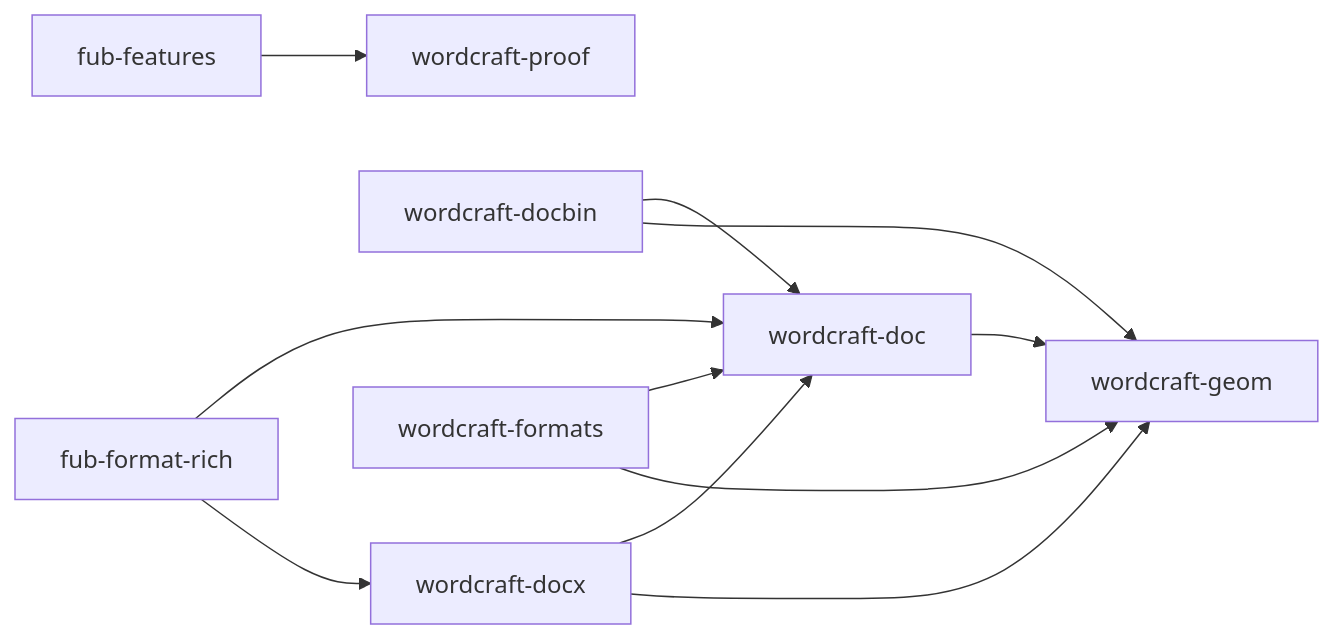
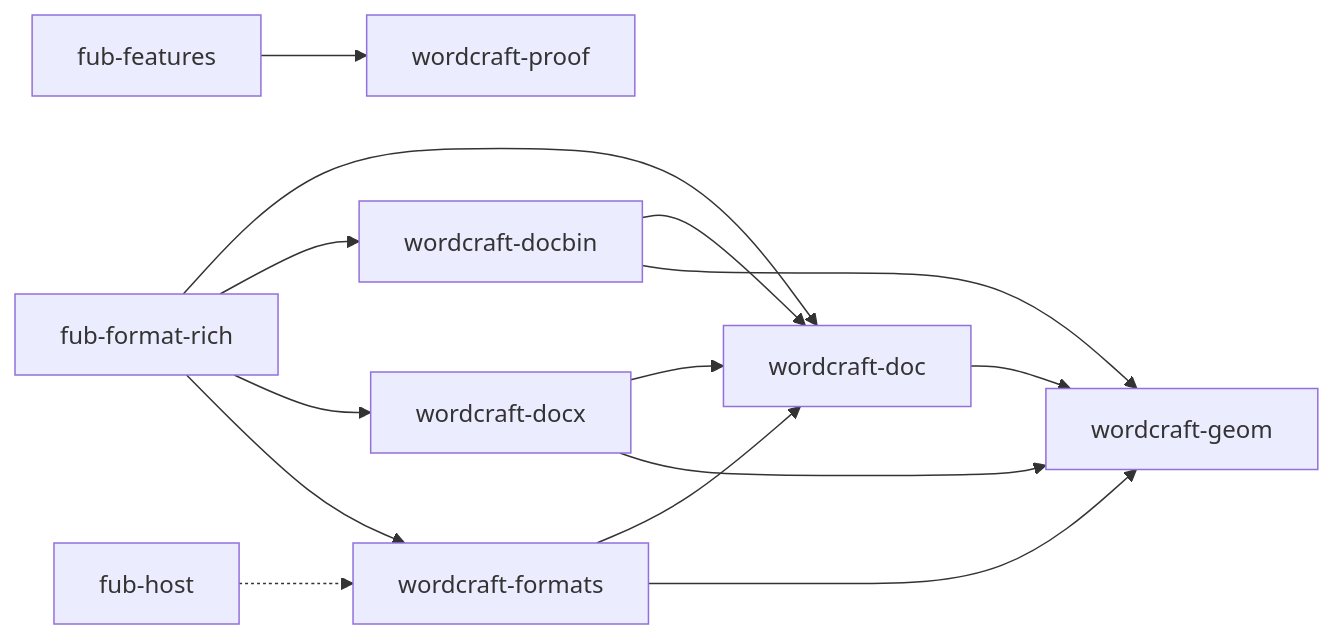
Before and after one commit to Fubeo/Fub: the second of 3 diagrams in docs/architecture/overview.md, drawn with Mermaid. The commit also changed other lines of this file and 22 other files, not shown here.

````diff
--- a/docs/architecture/overview.md
+++ b/docs/architecture/overview.md
@@ -105,25 +106,29 @@
 ```mermaid
 flowchart LR
     %% @grafo-dipendenze
     %% Il seguito del grafo qui sopra: i crate di WordCraft e chi li usa.
 
     features["fub-features"]
+    host["fub-host"]
     rich["fub-format-rich"]
     proof["wordcraft-proof"]
     wdoc["wordcraft-doc"]
     wdocbin["wordcraft-docbin"]
     wdocx["wordcraft-docx"]
     wformats["wordcraft-formats"]
     wgeom["wordcraft-geom"]
 
     features --> proof
+    host -.-> wformats
     rich --> wdoc
+    rich --> wdocbin
     rich --> wdocx
+    rich --> wformats
     wdoc --> wgeom
     wdocx --> wdoc
     wdocx --> wgeom
     wdocbin --> wdoc
     wdocbin --> wgeom
     wformats --> wdoc
     wformats --> wgeom
 ```
````
